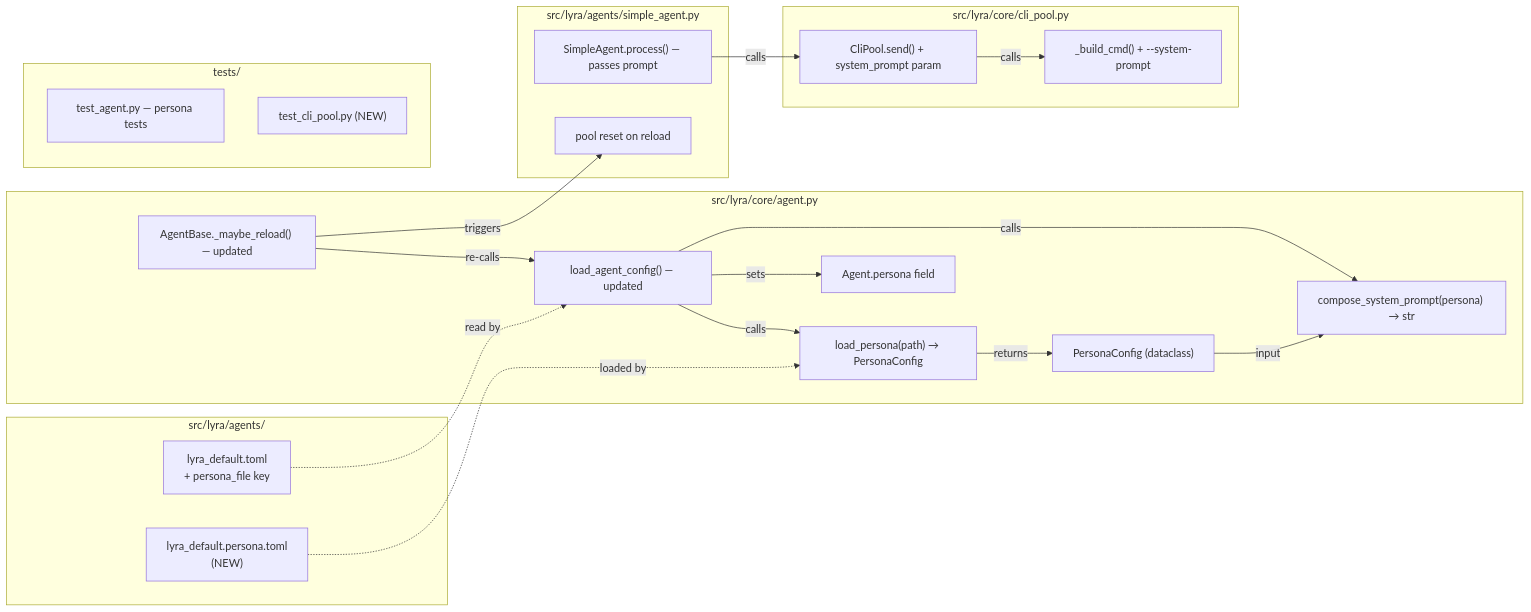
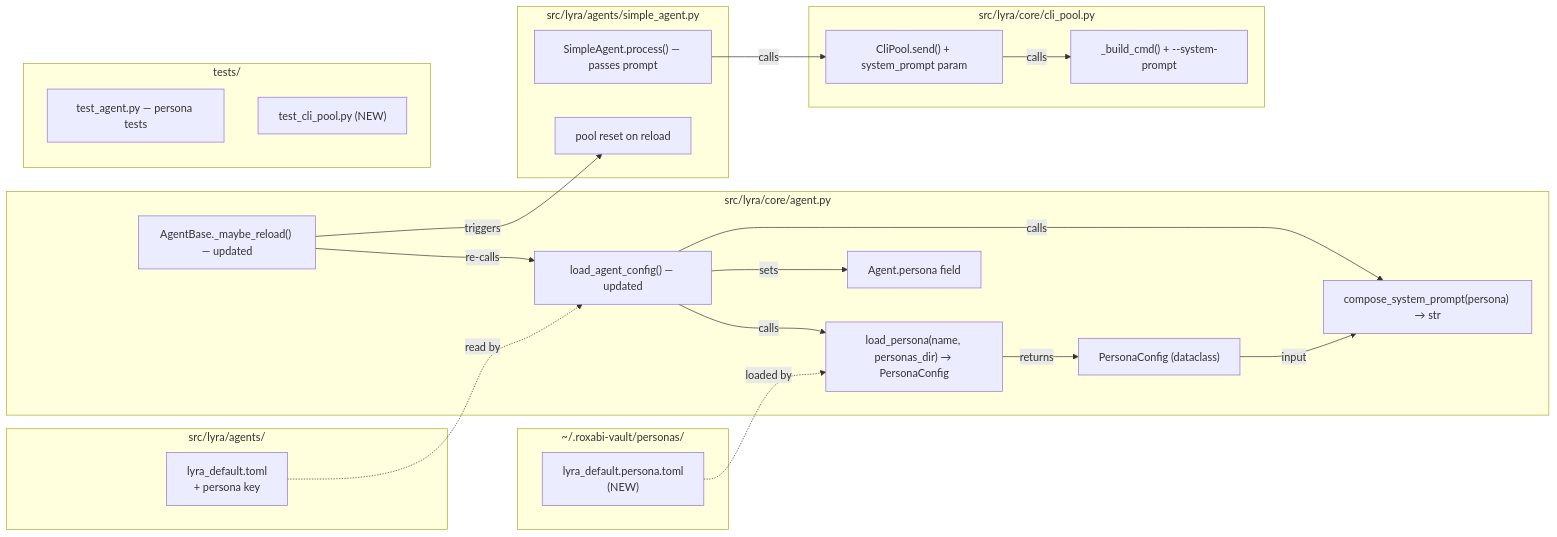
Before and after one commit to Roxabi/lyra: the second of 2 diagrams in artifacts/plans/75-agent-persona-plan.mdx, drawn with Mermaid. The commit also changed other lines of this file and 6 other files, not shown here.

````diff
--- a/artifacts/plans/75-agent-persona-plan.mdx
+++ b/artifacts/plans/75-agent-persona-plan.mdx
@@ -77,43 +80,46 @@
 ```mermaid
 flowchart LR
+    subgraph "~/.roxabi-vault/personas/"
+        F1["lyra_default.persona.toml\n(NEW)"]
+    end
+
     subgraph "src/lyra/agents/"
-        F1["lyra_default.persona.toml\n(NEW)"]
-        F2["lyra_default.toml\n+ persona_file key"]
+        F2["lyra_default.toml\n+ persona key"]
     end
 
     subgraph "src/lyra/core/agent.py"
         FN1["PersonaConfig (dataclass)"]
-        FN2["load_persona(path) → PersonaConfig"]
+        FN2["load_persona(name, personas_dir) → PersonaConfig"]
         FN3["compose_system_prompt(persona) → str"]
         FN4["load_agent_config() — updated"]
         FN5["Agent.persona field"]
         FN6["AgentBase._maybe_reload() — updated"]
     end
 
     subgraph "src/lyra/core/cli_pool.py"
         FN7["CliPool.send() + system_prompt param"]
         FN8["_build_cmd() + --system-prompt"]
     end
 
     subgraph "src/lyra/agents/simple_agent.py"
         FN9["SimpleAgent.process() — passes prompt"]
         FN10["pool reset on reload"]
     end
 
     subgraph "tests/"
         T1["test_agent.py — persona tests"]
         T2["test_cli_pool.py (NEW)"]
     end
 
     F1 -.->|"loaded by"| FN2
     F2 -.->|"read by"| FN4
     FN2 -->|"returns"| FN1
     FN1 -->|"input"| FN3
     FN4 -->|"calls"| FN2
     FN4 -->|"calls"| FN3
     FN4 -->|"sets"| FN5
     FN6 -->|"re-calls"| FN4
     FN9 -->|"calls"| FN7
     FN7 -->|"calls"| FN8
     FN6 -->|"triggers"| FN10
 ```
````
